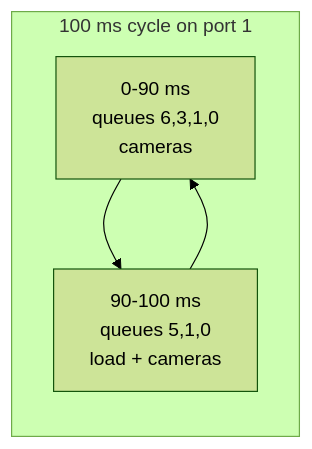
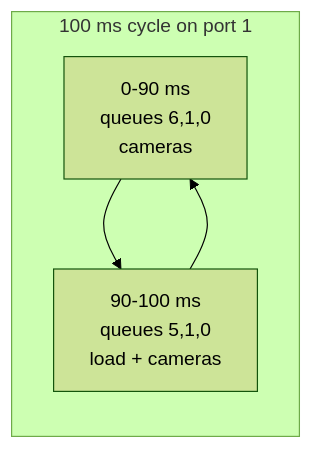
The diagram in deterministic-threat-detection/docs/user-guide/how-to-guides/moxa/enable-tsn-traffic-shaping.md (open-edge-platform/federal-and-aerospace-ai-suite), drawn with Mermaid (forest theme) before and after one commit. The commit also changed other lines of this file and 13 other files, not shown here.

````diff
--- a/deterministic-threat-detection/docs/user-guide/how-to-guides/moxa/enable-tsn-traffic-shaping.md
+++ b/deterministic-threat-detection/docs/user-guide/how-to-guides/moxa/enable-tsn-traffic-shaping.md
@@ -18,6 +18,6 @@
 ```mermaid
 flowchart LR
     subgraph Cycle["100 ms cycle on port 1"]
-        S0["0-90 ms<br/>queues 6,3,1,0<br/>cameras"] --> S1["90-100 ms<br/>queues 5,1,0<br/>load + cameras"] --> S0
+        S0["0-90 ms<br/>queues 6,1,0<br/>cameras"] --> S1["90-100 ms<br/>queues 5,1,0<br/>load + cameras"] --> S0
     end
 ```
````
